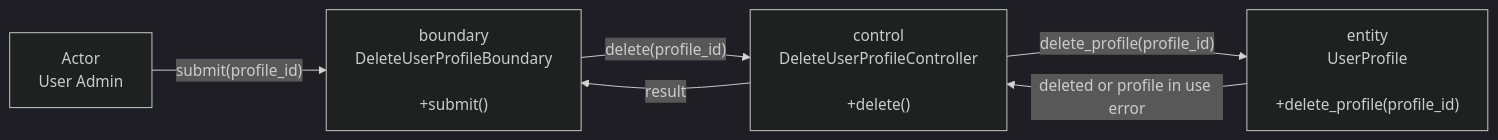
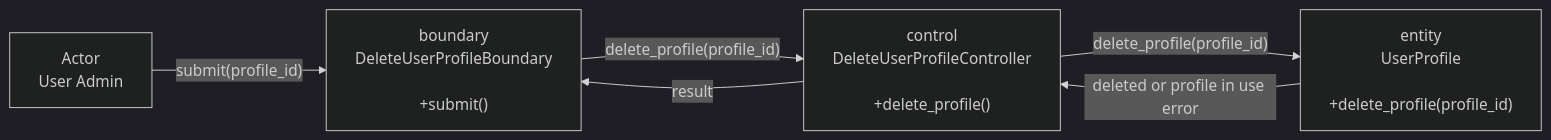
Before and after one commit to boyinapuddle/CSIT314-Chinese: the first of 2 diagrams in diagrams/US49_Delete_User_Profile/README.md, drawn with Mermaid (dark theme). The commit also changed other lines of this file and 140 other files, not shown here.

````diff
--- a/diagrams/US49_Delete_User_Profile/README.md
+++ b/diagrams/US49_Delete_User_Profile/README.md
@@ -5,12 +5,12 @@
 ```mermaid
 flowchart LR
     N0["Actor<br/>User Admin"]
     N1["boundary<br/>DeleteUserProfileBoundary<br/><br/>+submit()"]
-    N2["control<br/>DeleteUserProfileController<br/><br/>+delete()"]
+    N2["control<br/>DeleteUserProfileController<br/><br/>+delete_profile()"]
     N3["entity<br/>UserProfile<br/><br/>+delete_profile(profile_id)"]
     N0 -->|"submit(profile_id)"| N1
-    N1 -->|"delete(profile_id)"| N2
+    N1 -->|"delete_profile(profile_id)"| N2
     N2 -->|"delete_profile(profile_id)"| N3
     N3 -->|"deleted or profile in use error"| N2
     N2 -->|"result"| N1
 ```
````
